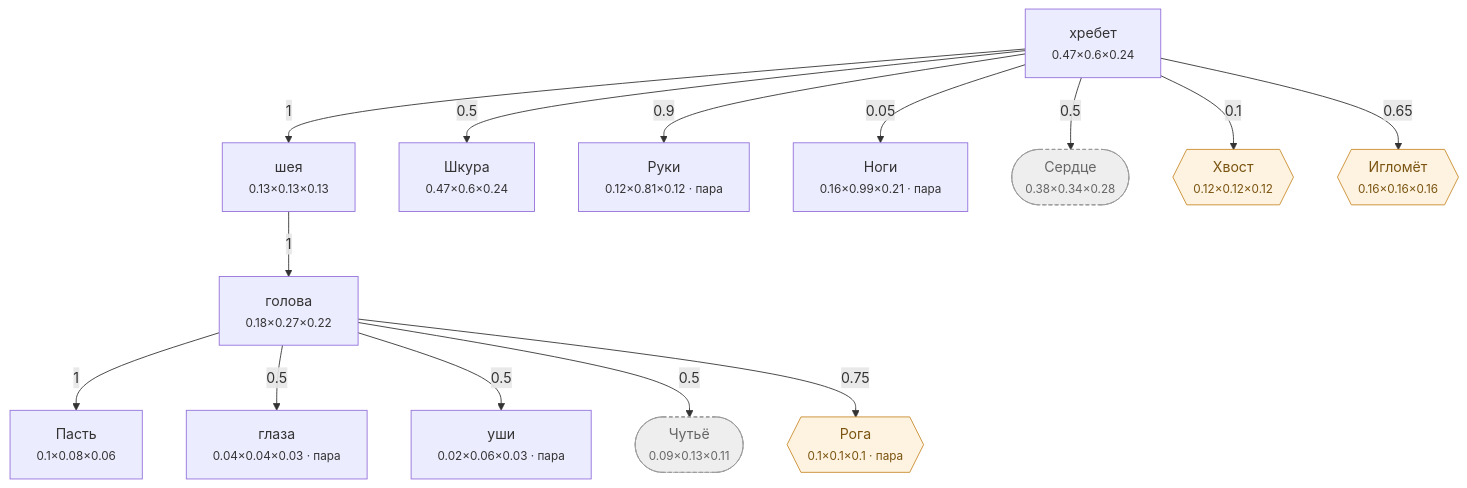
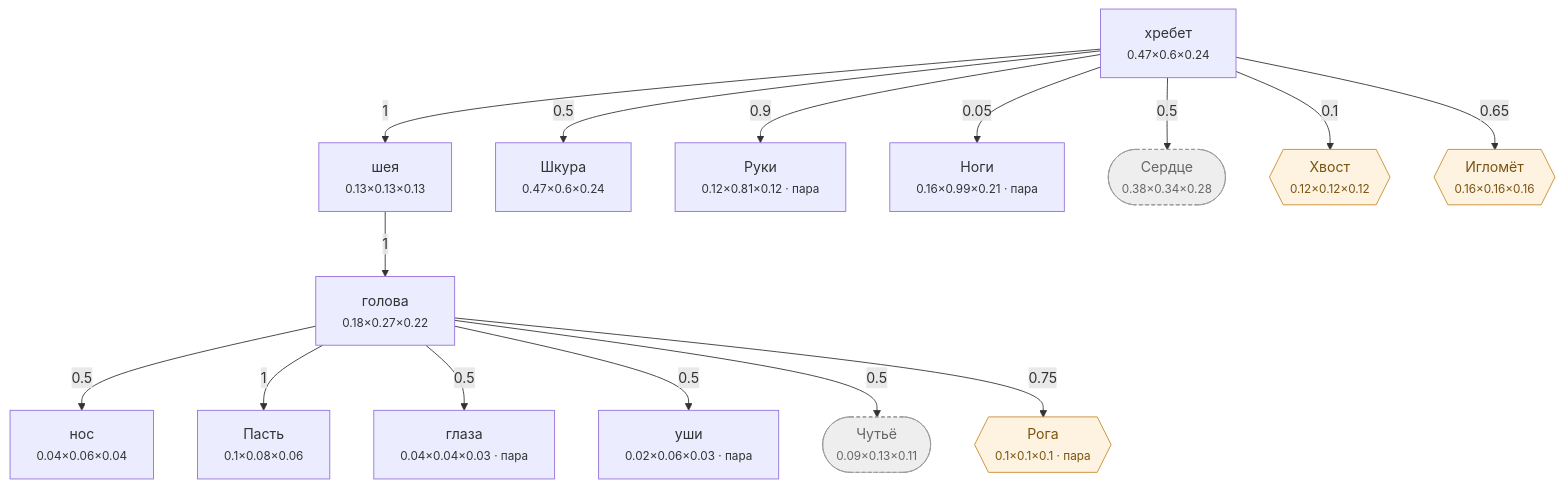
One commit to darklordshish/ChimeraEvolution-2026-06-26_15-29-59 changed the diagram in Docs/Диаграммы/Человек.md. Above: the diagram before and after it, drawn with Mermaid. The commit also changed other lines of this file and 9 other files, not shown here.

````diff
--- a/Docs/Диаграммы/Человек.md
+++ b/Docs/Диаграммы/Человек.md
@@ -22,37 +23,39 @@
 ```mermaid
 flowchart TD
     n0["хребет<br/><small>0.47×0.6×0.24</small>"]
-    n1["голова<br/><small>0.18×0.27×0.22</small>"]
-    n2["Пасть<br/><small>0.1×0.08×0.06</small>"]
-    n3["глаза<br/><small>0.04×0.04×0.03 · пара</small>"]
-    n4["уши<br/><small>0.02×0.06×0.03 · пара</small>"]
-    n5["шея<br/><small>0.13×0.13×0.13</small>"]
-    n6["Шкура<br/><small>0.47×0.6×0.24</small>"]
-    n7["Руки<br/><small>0.12×0.81×0.12 · пара</small>"]
-    n8["Ноги<br/><small>0.16×0.99×0.21 · пара</small>"]
-    n9(["Сердце<br/><small>0.38×0.34×0.28</small>"])
-    n10(["Чутьё<br/><small>0.09×0.13×0.11</small>"])
-    n11{{"Хвост<br/><small>0.12×0.12×0.12</small>"}}
-    n12{{"Рога<br/><small>0.1×0.1×0.1 · пара</small>"}}
-    n13{{"Игломёт<br/><small>0.16×0.16×0.16</small>"}}
+    n1["нос<br/><small>0.04×0.06×0.04</small>"]
+    n2["голова<br/><small>0.18×0.27×0.22</small>"]
+    n3["Пасть<br/><small>0.1×0.08×0.06</small>"]
+    n4["глаза<br/><small>0.04×0.04×0.03 · пара</small>"]
+    n5["уши<br/><small>0.02×0.06×0.03 · пара</small>"]
+    n6["шея<br/><small>0.13×0.13×0.13</small>"]
+    n7["Шкура<br/><small>0.47×0.6×0.24</small>"]
+    n8["Руки<br/><small>0.12×0.81×0.12 · пара</small>"]
+    n9["Ноги<br/><small>0.16×0.99×0.21 · пара</small>"]
+    n10(["Сердце<br/><small>0.38×0.34×0.28</small>"])
+    n11(["Чутьё<br/><small>0.09×0.13×0.11</small>"])
+    n12{{"Хвост<br/><small>0.12×0.12×0.12</small>"}}
+    n13{{"Рога<br/><small>0.1×0.1×0.1 · пара</small>"}}
+    n14{{"Игломёт<br/><small>0.16×0.16×0.16</small>"}}
 
-    n5 -->|1| n1
-    n1 -->|1| n2
-    n1 -->|0.5| n3
-    n1 -->|0.5| n4
-    n0 -->|1| n5
-    n0 -->|0.5| n6
-    n0 -->|0.9| n7
-    n0 -->|0.05| n8
-    n0 -->|0.5| n9
-    n1 -->|0.5| n10
-    n0 -->|0.1| n11
-    n1 -->|0.75| n12
-    n0 -->|0.65| n13
+    n2 -->|0.5| n1
+    n6 -->|1| n2
+    n2 -->|1| n3
+    n2 -->|0.5| n4
+    n2 -->|0.5| n5
+    n0 -->|1| n6
+    n0 -->|0.5| n7
+    n0 -->|0.9| n8
+    n0 -->|0.05| n9
+    n0 -->|0.5| n10
+    n2 -->|0.5| n11
+    n0 -->|0.1| n12
+    n2 -->|0.75| n13
+    n0 -->|0.65| n14
 
     classDef hid fill:#eee,stroke:#999,stroke-dasharray:4 3,color:#666
     classDef gr fill:#fdf3e0,stroke:#c98a2b,color:#7a5310
     classDef ch fill:#e8f2ff,stroke:#3b74c4,color:#1c3f70
-    class n9,n10 hid
-    class n11,n12,n13 gr
+    class n10,n11 hid
+    class n12,n13,n14 gr
 ```
````
